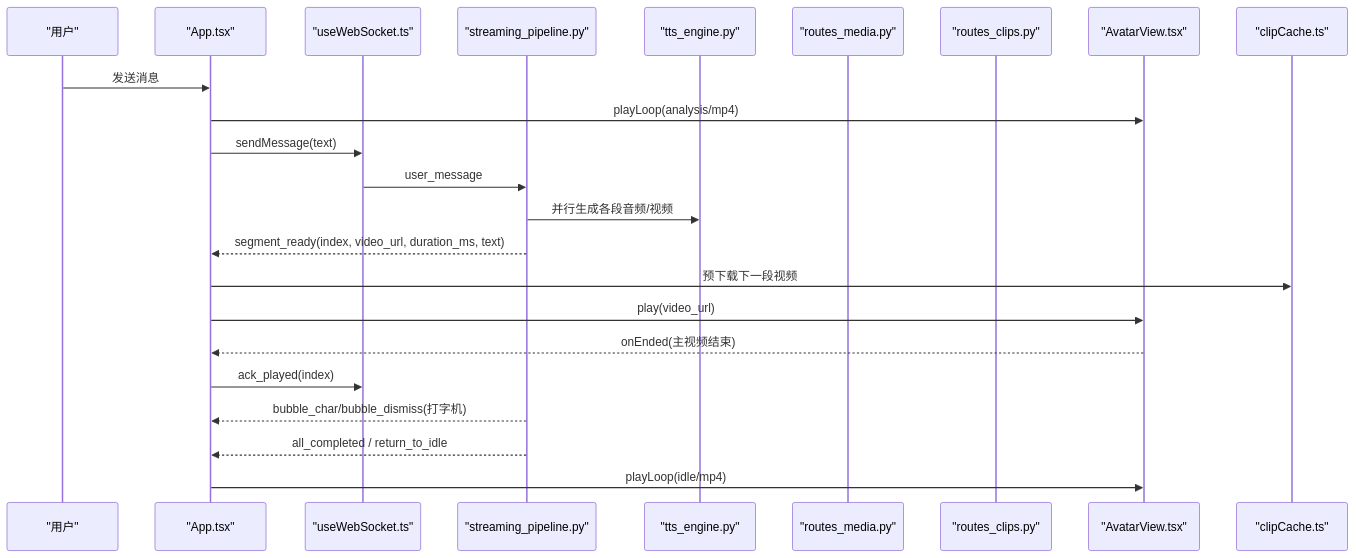
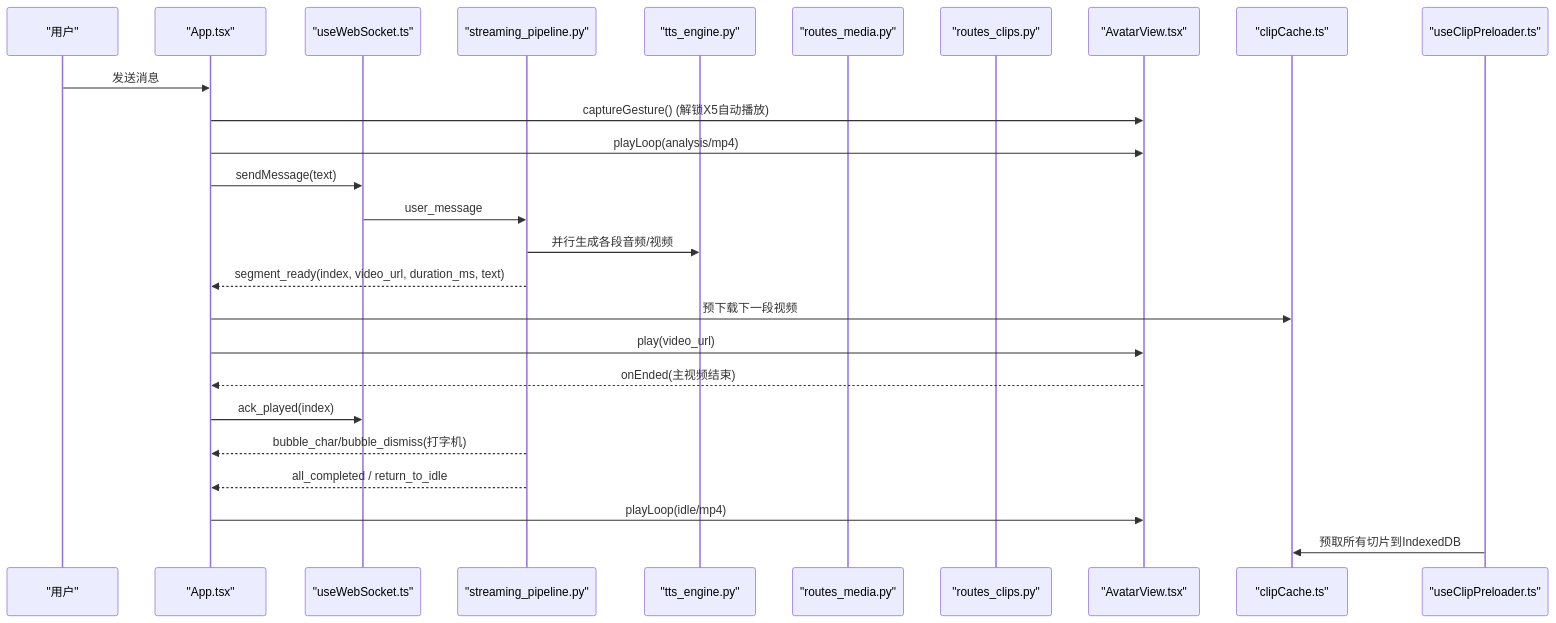
One commit to leo21cn/real-time-talk changed the second of 6 diagrams in .qoder/repowiki/zh/content/前端应用/虚拟形象系统.md. Above: the diagram before and after it, drawn with Mermaid. The commit also changed other lines of this file and 36 other files, not shown here.

````diff
--- a/.qoder/repowiki/zh/content/前端应用/虚拟形象系统.md
+++ b/.qoder/repowiki/zh/content/前端应用/虚拟形象系统.md
@@ -116,25 +124,28 @@
 ```mermaid
 sequenceDiagram
 participant U as "用户"
 participant APP as "App.tsx"
 participant WS as "useWebSocket.ts"
 participant PIPE as "streaming_pipeline.py"
 participant TTS as "tts_engine.py"
 participant MEDIA as "routes_media.py"
 participant CLIPS as "routes_clips.py"
 participant AV as "AvatarView.tsx"
 participant CACHE as "clipCache.ts"
+participant PRELOAD as "useClipPreloader.ts"
 U->>APP : 发送消息
+APP->>AV : captureGesture() (解锁X5自动播放)
 APP->>AV : playLoop(analysis/mp4)
 APP->>WS : sendMessage(text)
 WS->>PIPE : user_message
 PIPE->>TTS : 并行生成各段音频/视频
 PIPE-->>APP : segment_ready(index, video_url, duration_ms, text)
 APP->>CACHE : 预下载下一段视频
 APP->>AV : play(video_url)
 AV-->>APP : onEnded(主视频结束)
 APP->>WS : ack_played(index)
 PIPE-->>APP : bubble_char/bubble_dismiss(打字机)
 PIPE-->>APP : all_completed / return_to_idle
 APP->>AV : playLoop(idle/mp4)
+PRELOAD->>CACHE : 预取所有切片到IndexedDB
 ```
````
